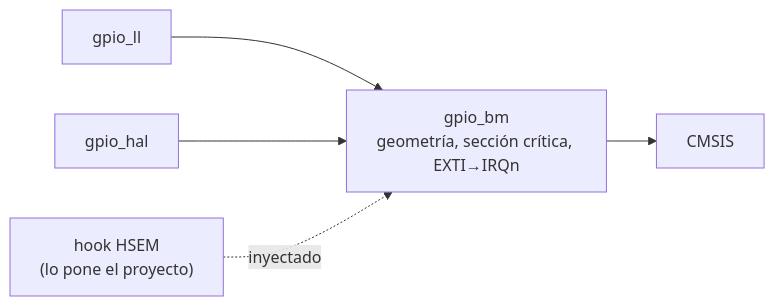
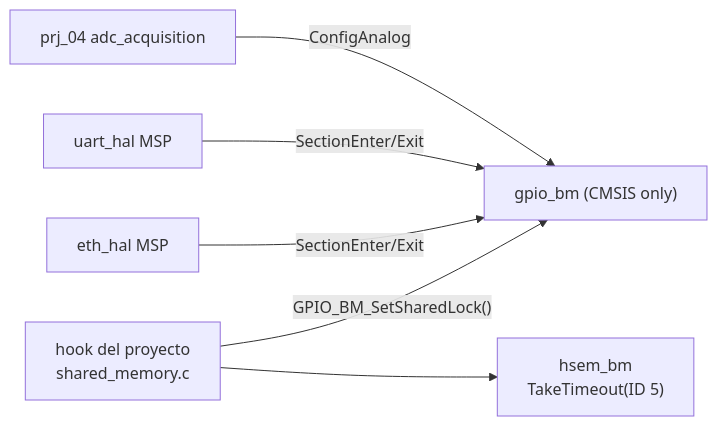
The diagram in 01_shared_drivers/00_gpio/IMPLEMENTATION_PLAN.md (hrodriguez06/forcelab-stm32h755-dualcore-workspace), drawn with Mermaid before and after one commit. The commit also changed other lines of this file, not shown here.

First line of the commit message:
docs(gpio): revise the 00_gpio plan for F1-F2 under the roadmap audit rules

````diff
--- a/01_shared_drivers/00_gpio/IMPLEMENTATION_PLAN.md
+++ b/01_shared_drivers/00_gpio/IMPLEMENTATION_PLAN.md
@@ -110,7 +160,9 @@
 ```mermaid
 flowchart LR
-    LL["gpio_ll"] --> BM["gpio_bm<br/>geometría, sección crítica, EXTI→IRQn"]
-    HAL["gpio_hal"] --> BM
-    BM --> CMSIS["CMSIS"]
-    HOOK["hook HSEM<br/>(lo pone el proyecto)"] -. inyectado .-> BM
+    BM["gpio_bm (CMSIS only)"]
+    HOOK["hook del proyecto<br/>shared_memory.c"] -- "GPIO_BM_SetSharedLock()" --> BM
+    HOOK --> HSEM["hsem_bm<br/>TakeTimeout(ID 5)"]
+    ETH["eth_hal MSP"] -- "SectionEnter/Exit" --> BM
+    UART["uart_hal MSP"] -- "SectionEnter/Exit" --> BM
+    ADC["prj_04 adc_acquisition"] -- "ConfigAnalog" --> BM
 ```
````
